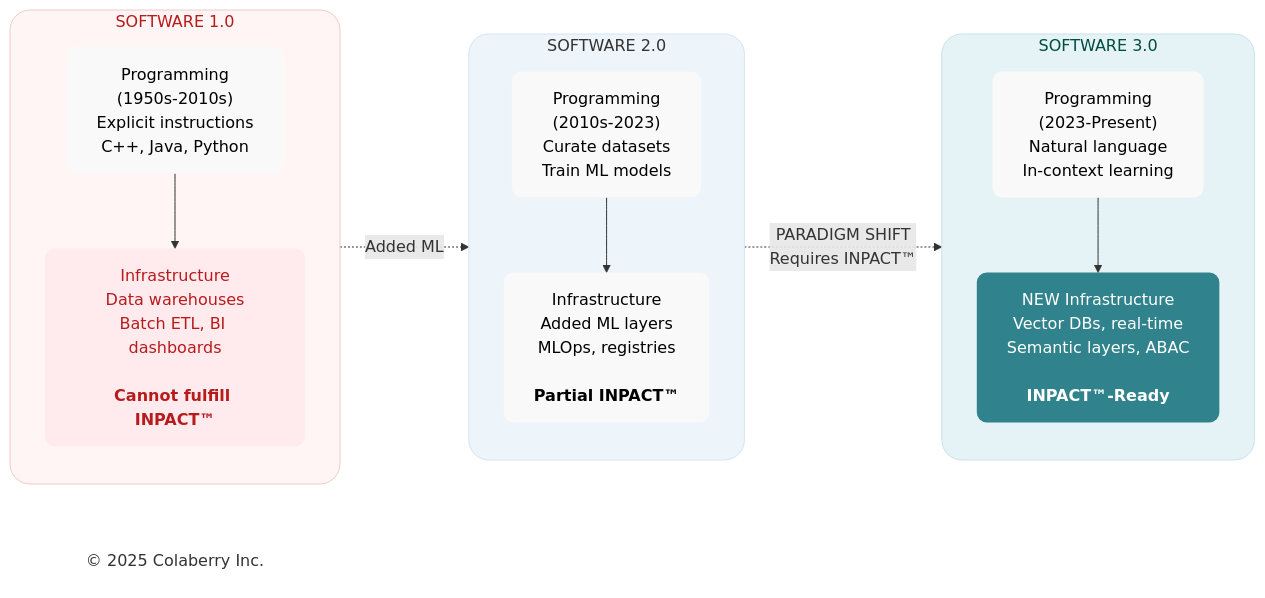
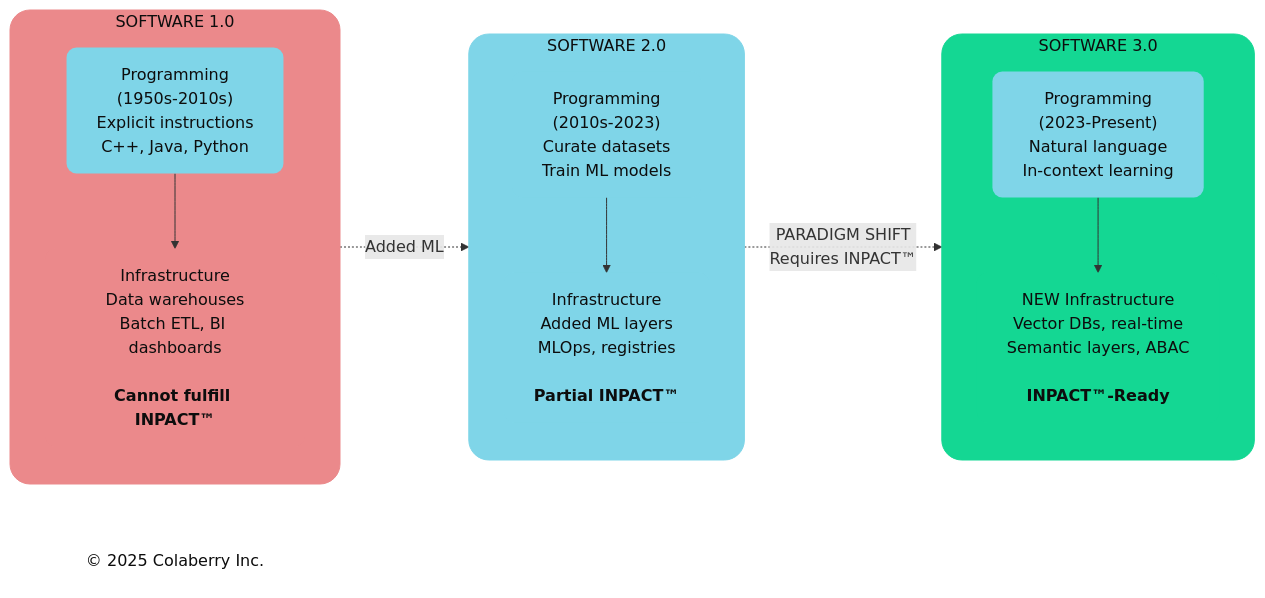
The diagram in mermaid-source/figure-1-2.mmd (saitejesh-cyber/trust-before-intelligence-book), drawn with Mermaid before and after one commit. The commit also changed 212 other files, not shown here.

Commit message:
Apply semantic Colaberry palette across all diagram sources and PNGs

```diff
--- a/mermaid-source/figure-1-2.mmd
+++ b/mermaid-source/figure-1-2.mmd
@@ -1,36 +1,36 @@
 
 graph LR
     subgraph sw1["SOFTWARE 1.0"]
         direction TB
         prog1["Programming<br/>(1950s-2010s)<br/>Explicit instructions<br/>C++, Java, Python"]
         infra1["Infrastructure<br/>Data warehouses<br/>Batch ETL, BI dashboards<br/><br/><b>Cannot fulfill INPACT™"</b>]
         prog1 --> infra1
     end
     subgraph sw2["SOFTWARE 2.0"]
         direction TB
         prog2["Programming<br/>(2010s-2023)<br/>Curate datasets<br/>Train ML models"]
         infra2["Infrastructure<br/>Added ML layers<br/>MLOps, registries<br/><br/><b>Partial INPACT™"</b>]
         prog2 --> infra2
     end
     subgraph sw3["SOFTWARE 3.0"]
         direction TB
         prog3["Programming<br/>(2023-Present)<br/>Natural language<br/>In-context learning"]
         infra3["NEW Infrastructure<br/>Vector DBs, real-time<br/>Semantic layers, ABAC<br/><br/><b>INPACT™-Ready</b>"]
         prog3 --> infra3
     end
     sw1 -.->|"Added ML"| sw2
     sw2 -.->|"PARADIGM SHIFT<br/>Requires INPACT™"| sw3
     
     Copyright["© 2025 Colaberry Inc."]
 
     %% SOFTWARE 1.0 — FAILURE / BI-ERA
-    style sw1 fill:#fff5f5,stroke:#f2caca,stroke-width:1px,color:#b71c1c,rx:20,ry:20
-    style infra1 fill:#ffebee,stroke:none,color:#b71c1c,rx:10,ry:10
-    style prog1 fill:#f9f9f9,stroke:none,color:#000000,rx:10,ry:10
-    style sw2 fill:#edf4fa,stroke:#d6e4f2,stroke-width:1px,color:#333333,rx:20,ry:20
-    style prog2 fill:#f9f9f9,stroke:none,color:#000000,rx:10,ry:10
-    style infra2 fill:#f9f9f9,stroke:none,color:#000000,rx:10,ry:10
-    style sw3 fill:#e6f3f6,stroke:#c7e3ea,stroke-width:1px,color:#004d40,rx:20,ry:20
-    style prog3 fill:#f9f9f9,stroke:none,color:#000000,rx:10,ry:10
-    style infra3 fill:#30838C,stroke:none,color:#ffffff,rx:10,ry:10
-    style Copyright fill:none,stroke:none,color:#333333
+    style sw1 fill:#EB898B,stroke:#EB898B,stroke-width:1px,color:#0D0D0D,rx:20,ry:20
+    style infra1 fill:#EB898B,stroke:none,color:#0D0D0D,rx:10,ry:10
+    style prog1 fill:#7FD5E8,stroke:none,color:#0D0D0D,rx:10,ry:10
+    style sw2 fill:#7FD5E8,stroke:#7FD5E8,stroke-width:1px,color:#0D0D0D,rx:20,ry:20
+    style prog2 fill:#7FD5E8,stroke:none,color:#0D0D0D,rx:10,ry:10
+    style infra2 fill:#7FD5E8,stroke:none,color:#0D0D0D,rx:10,ry:10
+    style sw3 fill:#14D793,stroke:#14D793,stroke-width:1px,color:#0D0D0D,rx:20,ry:20
+    style prog3 fill:#7FD5E8,stroke:none,color:#0D0D0D,rx:10,ry:10
+    style infra3 fill:#14D793,stroke:none,color:#0D0D0D,rx:10,ry:10
+    style Copyright fill:none,stroke:none,color:#0D0D0D
```
